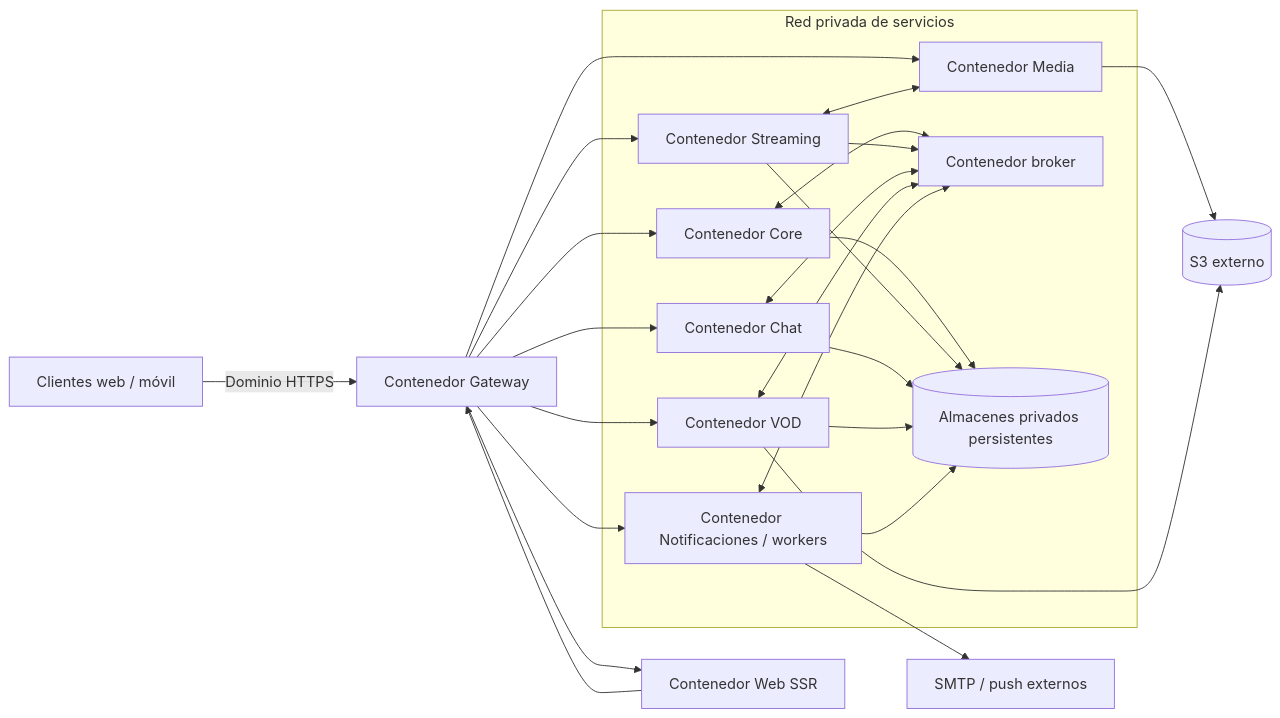
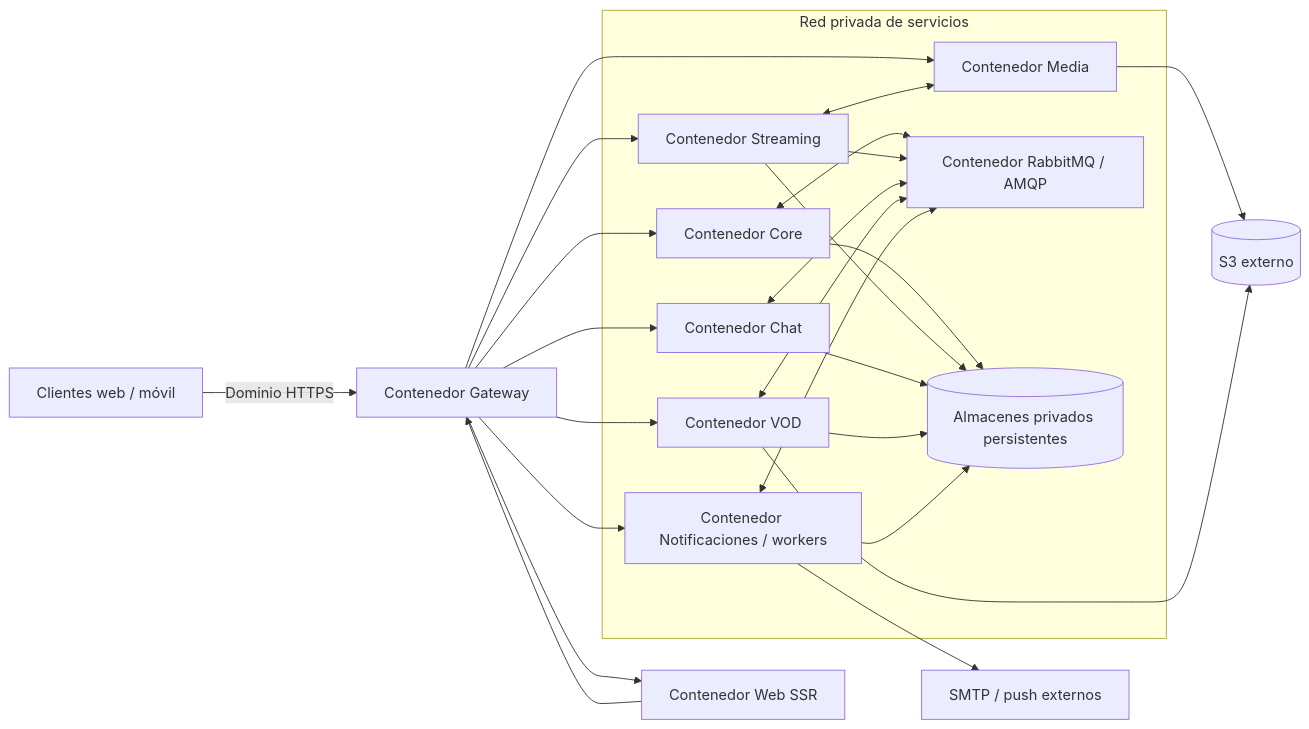
Before and after one commit to SWARCH-1A/streaming: the second of 2 diagrams in docs/arquitectura_c4_cnc_despliegue.md, drawn with Mermaid. The commit also changed other lines of this file and 52 other files, not shown here.

First line of the commit message:
feat(broker): integrate RabbitMQ for P2 lifecycle and discovery

````diff
--- a/docs/arquitectura_c4_cnc_despliegue.md
+++ b/docs/arquitectura_c4_cnc_despliegue.md
@@ -82,36 +82,36 @@
 ```mermaid
 flowchart LR
   Clients[Clientes web / móvil] -->|Dominio HTTPS| G[Contenedor Gateway]
   G --> W[Contenedor Web SSR]
   subgraph Private[Red privada de servicios]
     C[Contenedor Core]
     S[Contenedor Streaming]
     CH[Contenedor Chat]
     V[Contenedor VOD]
     N[Contenedor Notificaciones / workers]
     M[Contenedor Media]
-    B[Contenedor broker]
+    B[Contenedor RabbitMQ / AMQP]
     D[(Almacenes privados persistentes)]
   end
   G --> C
   G --> S
   G --> CH
   G --> V
   G --> N
   G --> M
   W --> G
   C --> D
   S --> D
   CH --> D
   V --> D
   N --> D
   C <--> B
   S --> B
   CH <--> B
   V <--> B
   N <--> B
   S <--> M
   M --> S3[(S3 externo)]
   V --> S3
   N --> Providers[SMTP / push externos]
 ```
````
